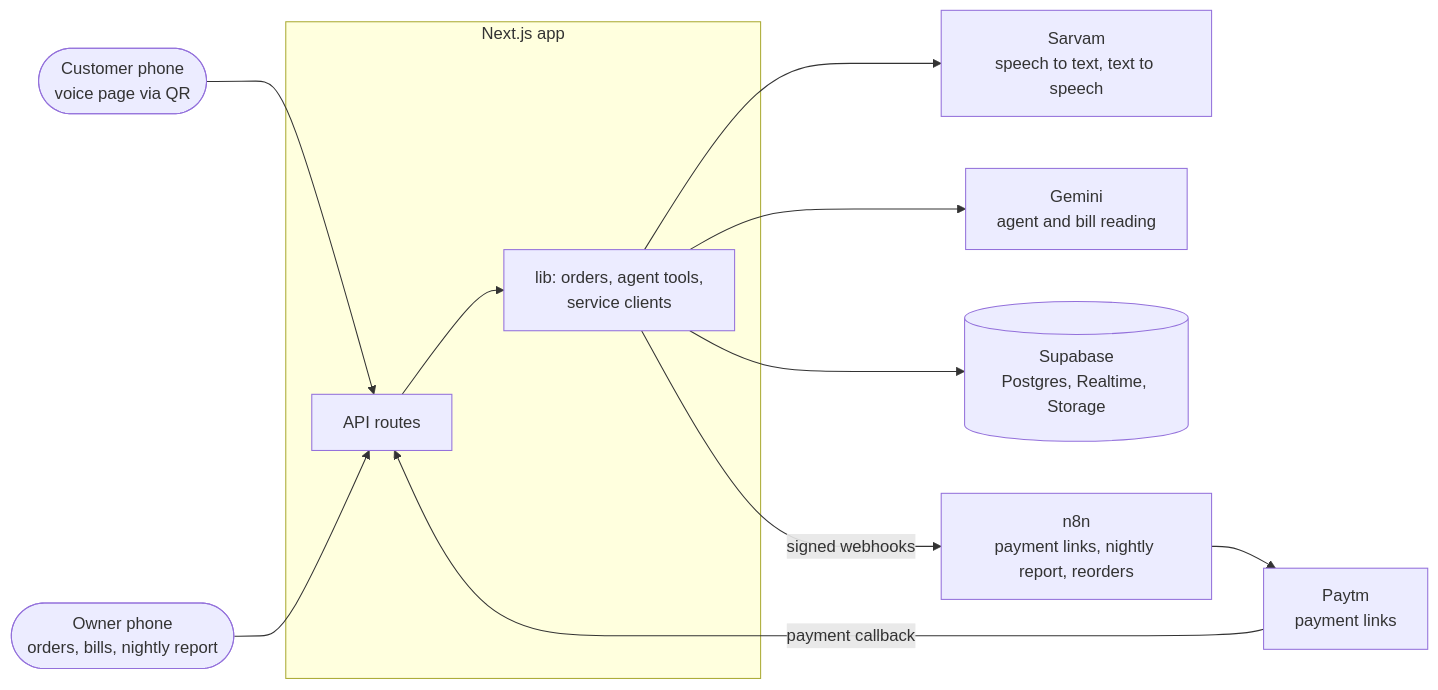
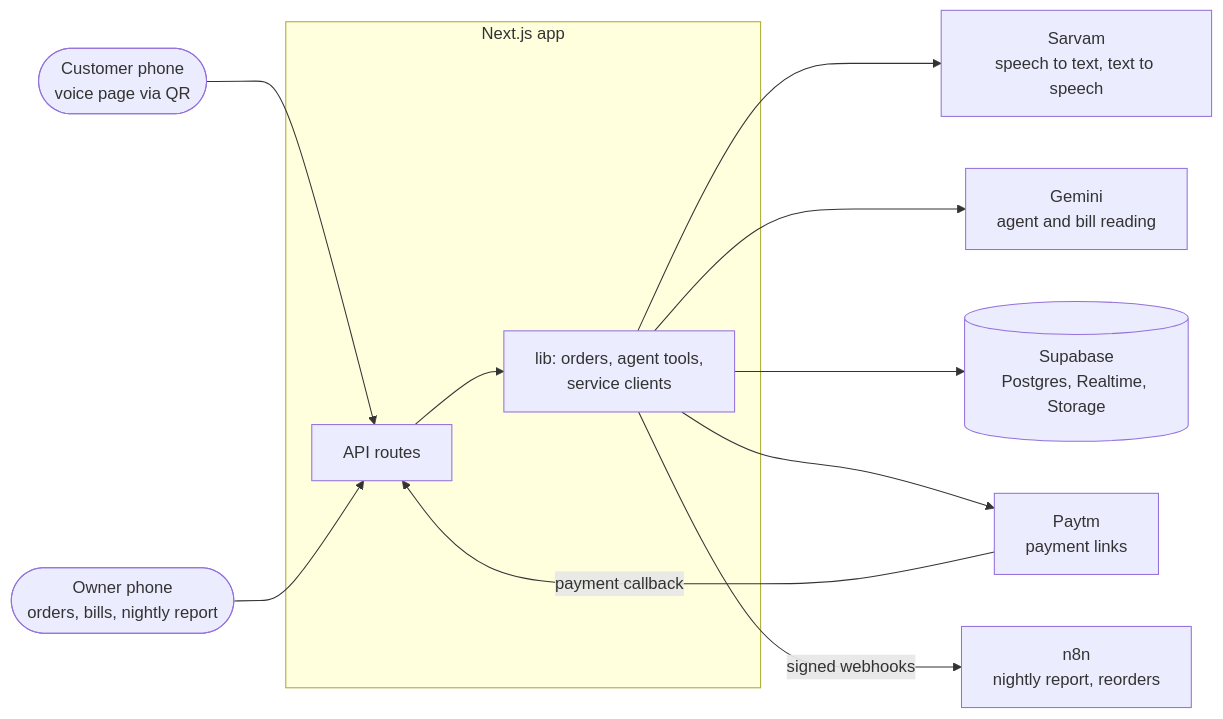
The first of 2 diagrams in README.md (ShaanGS/hacksprint), drawn with Mermaid before and after one commit. The commit also changed other lines of this file and 3 other files, not shown here.

````diff
--- a/README.md
+++ b/README.md
@@ -59,20 +59,20 @@
 ```mermaid
 flowchart LR
     customer(["Customer phone<br/>voice page via QR"])
     owner(["Owner phone<br/>orders, bills, nightly report"])
 
     subgraph app["Next.js app"]
         api["API routes"]
         core["lib: orders, agent tools,<br/>service clients"]
         api --> core
     end
 
     customer --> api
     owner --> api
     core --> sarvam["Sarvam<br/>speech to text, text to speech"]
     core --> gemini["Gemini<br/>agent and bill reading"]
     core --> db[("Supabase<br/>Postgres, Realtime, Storage")]
-    core -- "signed webhooks" --> n8n["n8n<br/>payment links, nightly report, reorders"]
-    n8n --> paytm["Paytm<br/>payment links"]
+    core --> paytm["Paytm<br/>payment links"]
+    core -- "signed webhooks" --> n8n["n8n<br/>nightly report, reorders"]
     paytm -- "payment callback" --> api
 ```
````
